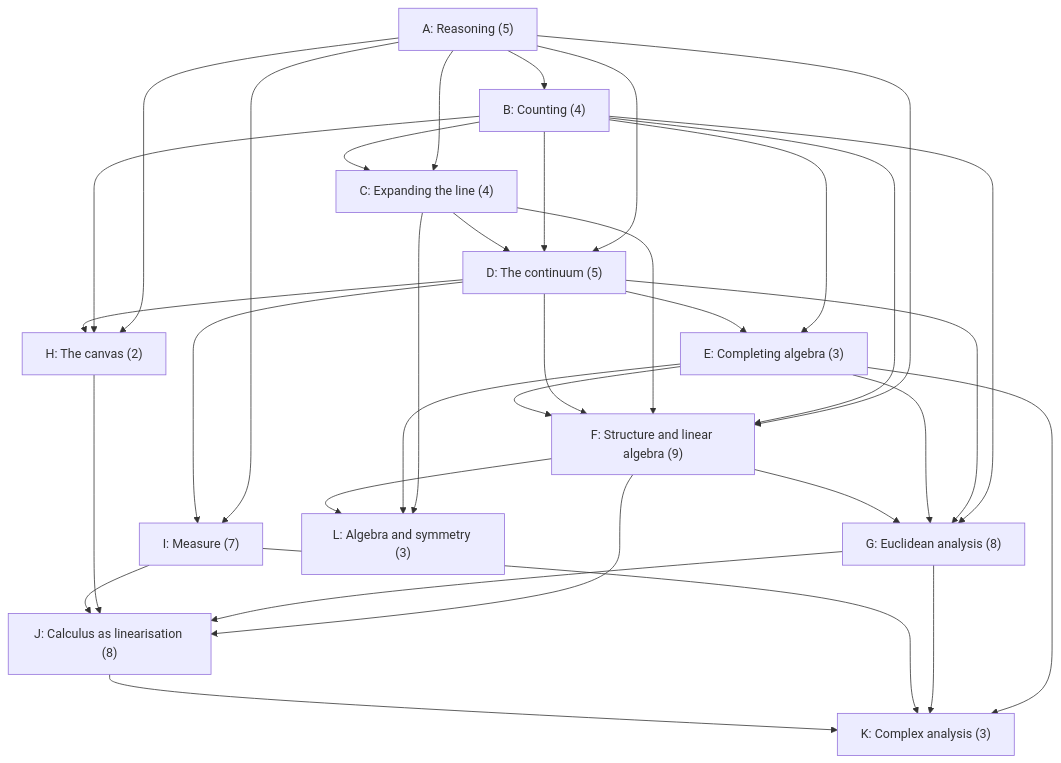
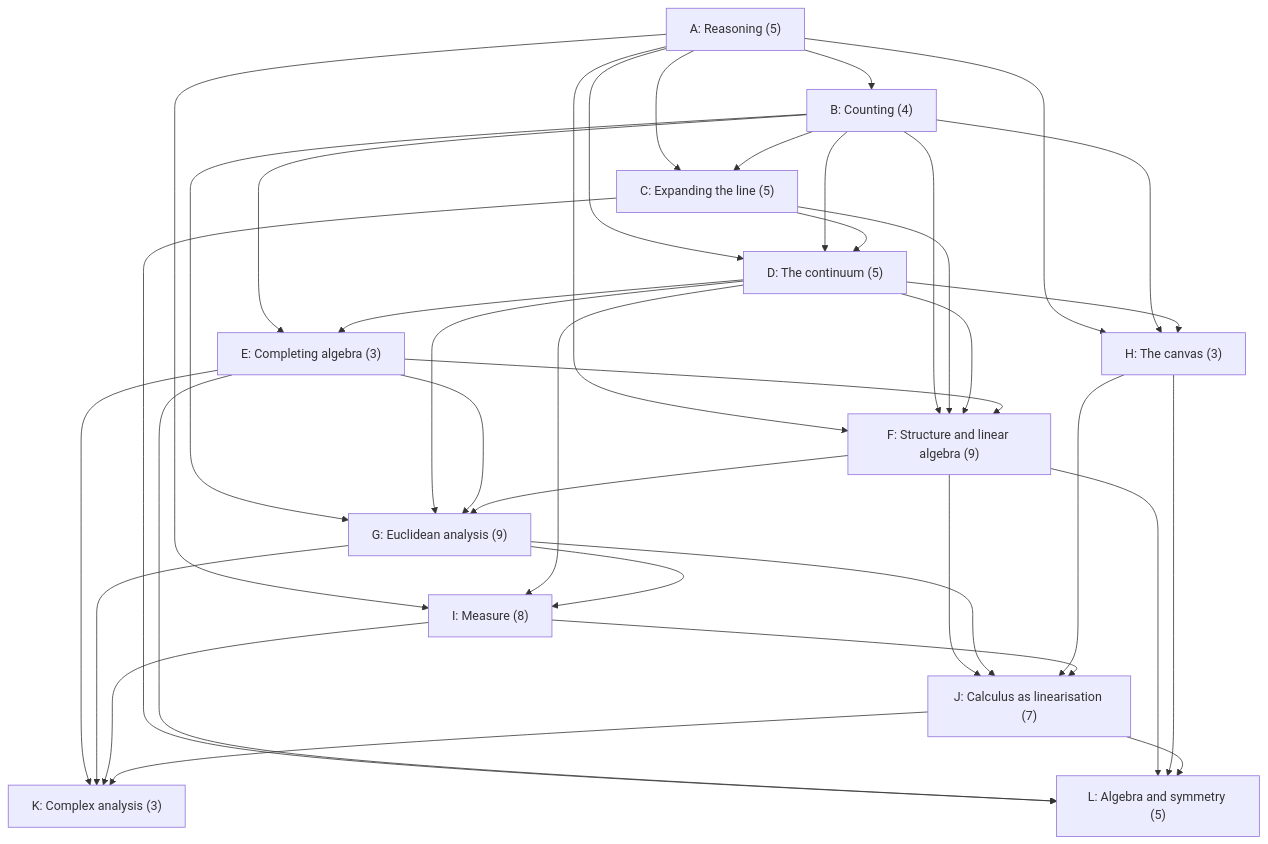
One commit to WyattAu/starlight-sites changed the diagram in sites/mathematics/src/content/docs/17-core-course/index.md. Above: the diagram before and after it, drawn with Mermaid. The commit also changed other lines of this file and 4 other files, not shown here.

````diff
--- a/sites/mathematics/src/content/docs/17-core-course/index.md
+++ b/sites/mathematics/src/content/docs/17-core-course/index.md
@@ -53,48 +53,51 @@
 ```mermaid
 graph TD
     A["A: Reasoning (5)"]
     B["B: Counting (4)"]
-    C["C: Expanding the line (4)"]
+    C["C: Expanding the line (5)"]
     D["D: The continuum (5)"]
     E["E: Completing algebra (3)"]
     F["F: Structure and linear algebra (9)"]
-    G["G: Euclidean analysis (8)"]
-    H["H: The canvas (2)"]
-    I["I: Measure (7)"]
-    J["J: Calculus as linearisation (8)"]
+    G["G: Euclidean analysis (9)"]
+    H["H: The canvas (3)"]
+    I["I: Measure (8)"]
+    J["J: Calculus as linearisation (7)"]
     K["K: Complex analysis (3)"]
-    L["L: Algebra and symmetry (3)"]
+    L["L: Algebra and symmetry (5)"]
     A --> B
     A --> C
     A --> D
     A --> F
     A --> H
     A --> I
     B --> C
     B --> D
     B --> E
     B --> F
     B --> G
     B --> H
     C --> D
     C --> F
     C --> L
     D --> E
     D --> F
     D --> G
     D --> H
     D --> I
     E --> F
     E --> G
     E --> K
     E --> L
     F --> G
     F --> J
     F --> L
+    G --> I
     G --> J
     G --> K
     H --> J
+    H --> L
     I --> J
     I --> K
     J --> K
+    J --> L
 ```
````
